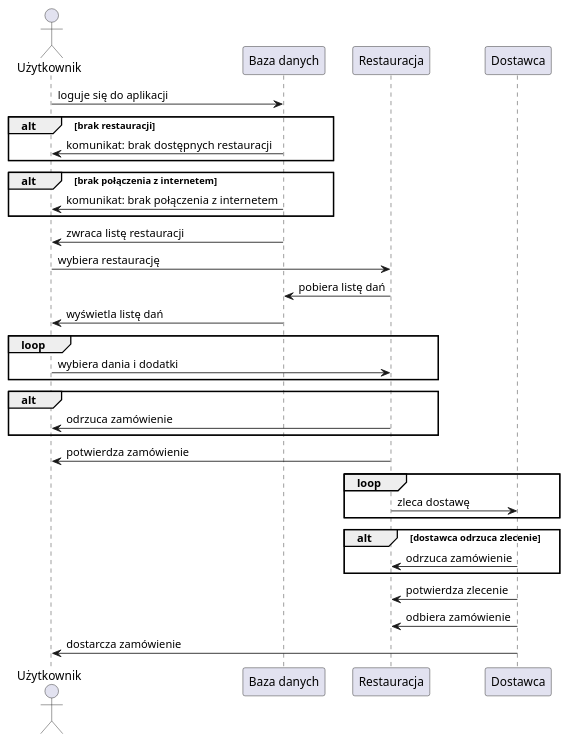
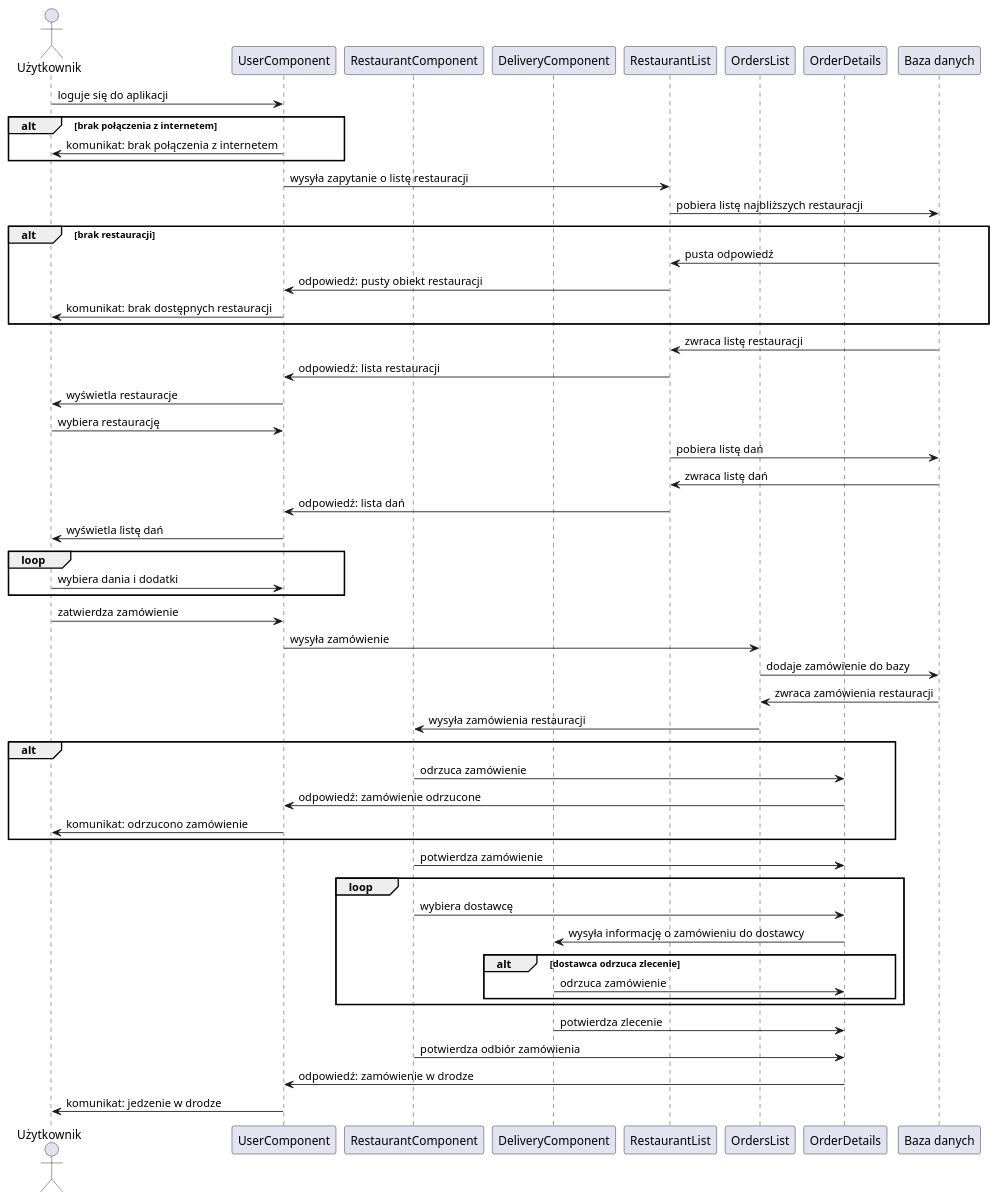
Before and after one commit to amelinium23/food-ordering-and-delivering-service: the diagram in docs/order_sequence.md, drawn with PlantUML. The commit also changed 6 other files, not shown here.

Commit message:
Update diagrams

````diff
--- a/docs/order_sequence.md
+++ b/docs/order_sequence.md
@@ -1,36 +1,61 @@
 ```plantuml
 @startuml order
 actor Użytkownik as user
+
+participant UserComponent as userview
+participant RestaurantComponent as rest
+participant DeliveryComponent as courier
+participant RestaurantList as restaurantList
+participant OrdersList as orderlist
+participant OrderDetails as orderdetails
 participant "Baza danych" as db
-participant Restauracja as rest
-participant Dostawca as courier
-user -> db : loguje się do aplikacji
+
+user -> userview : loguje się do aplikacji
+alt brak połączenia z internetem
+    user <- userview : komunikat: brak połączenia z internetem
+end
+userview -> restaurantList : wysyła zapytanie o listę restauracji
+restaurantList -> db : pobiera listę najbliższych restauracji
 alt brak restauracji
-    user <- db : komunikat: brak dostępnych restauracji
-end
-alt brak połączenia z internetem
-    user <- db : komunikat: brak połączenia z internetem
+    restaurantList <- db : pusta odpowiedź
+    userview <- restaurantList : odpowiedź: pusty obiekt restauracji
+    user <- userview : komunikat: brak dostępnych restauracji
 end
 
-db -> user : zwraca listę restauracji
-user -> rest : wybiera restaurację
-db <- rest  : pobiera listę dań
-user <- db : wyświetla listę dań
+
+db -> restaurantList : zwraca listę restauracji
+restaurantList -> userview : odpowiedź: lista restauracji
+userview -> user : wyświetla restauracje
+user -> userview : wybiera restaurację
+db <- restaurantList  : pobiera listę dań
+db -> restaurantList : zwraca listę dań
+restaurantList -> userview : odpowiedź: lista dań
+user <- userview : wyświetla listę dań
 loop
-    user -> rest : wybiera dania i dodatki
+    user -> userview : wybiera dania i dodatki
 end
+user -> userview: zatwierdza zamówienie
+userview -> orderlist : wysyła zamówienie
+orderlist -> db : dodaje zamówienie do bazy
+db -> orderlist : zwraca zamówienia restauracji
+orderlist -> rest : wysyła zamówienia restauracji
 alt
-user <- rest : odrzuca zamówienie
+orderdetails <- rest : odrzuca zamówienie
+orderdetails -> userview : odpowiedź: zamówienie odrzucone
+userview -> user : komunikat: odrzucono zamówienie
 end
-user <- rest : potwierdza zamówienie
+orderdetails <- rest : potwierdza zamówienie
 loop
-    rest -> courier : zleca dostawę
+    rest -> orderdetails : wybiera dostawcę
+    orderdetails -> courier : wysyła informację o zamówieniu do dostawcy
+    alt dostawca odrzuca zlecenie
+    courier -> orderdetails : odrzuca zamówienie
 end
-alt dostawca odrzuca zlecenie
-    rest <- courier : odrzuca zamówienie
 end
-rest <- courier : potwierdza zlecenie
-rest <- courier : odbiera zamówienie
-user <- courier : dostarcza zamówienie
+
+courier -> orderdetails : potwierdza zlecenie
+rest -> orderdetails : potwierdza odbiór zamówienia
+userview <- orderdetails : odpowiedź: zamówienie w drodze
+userview -> user : komunikat: jedzenie w drodze
 @enduml
 ```
````
